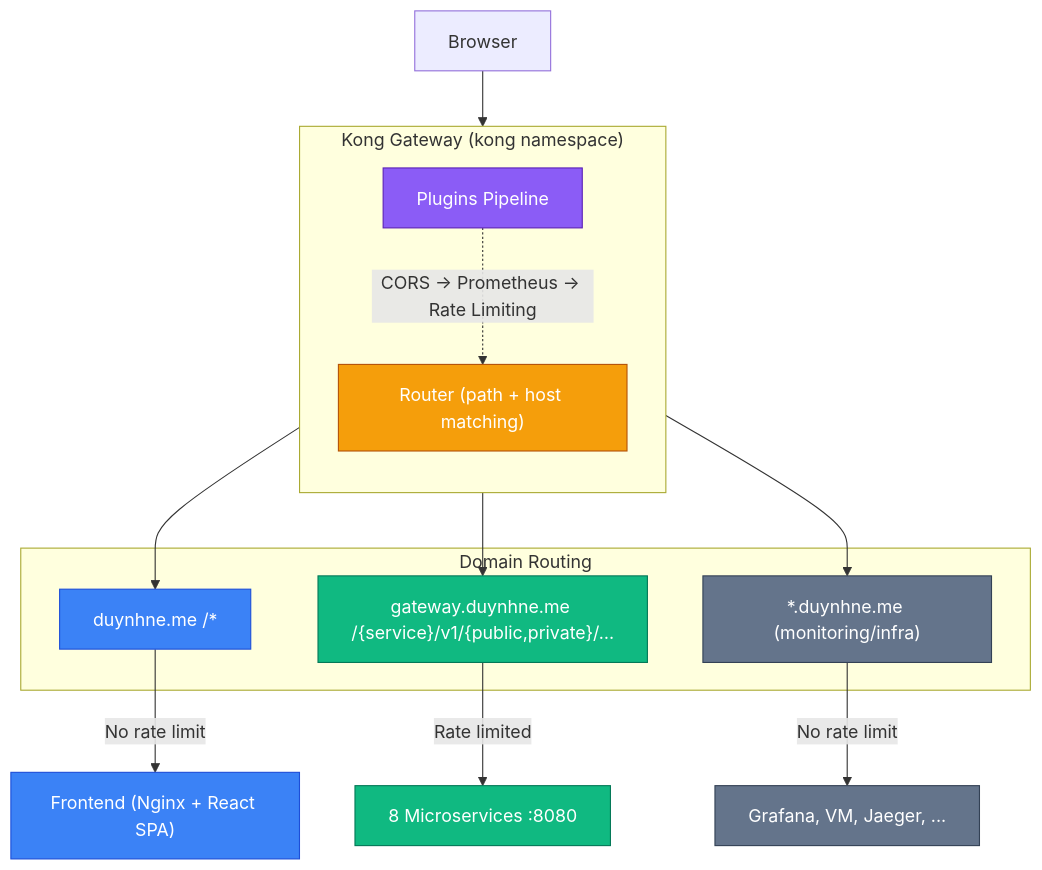
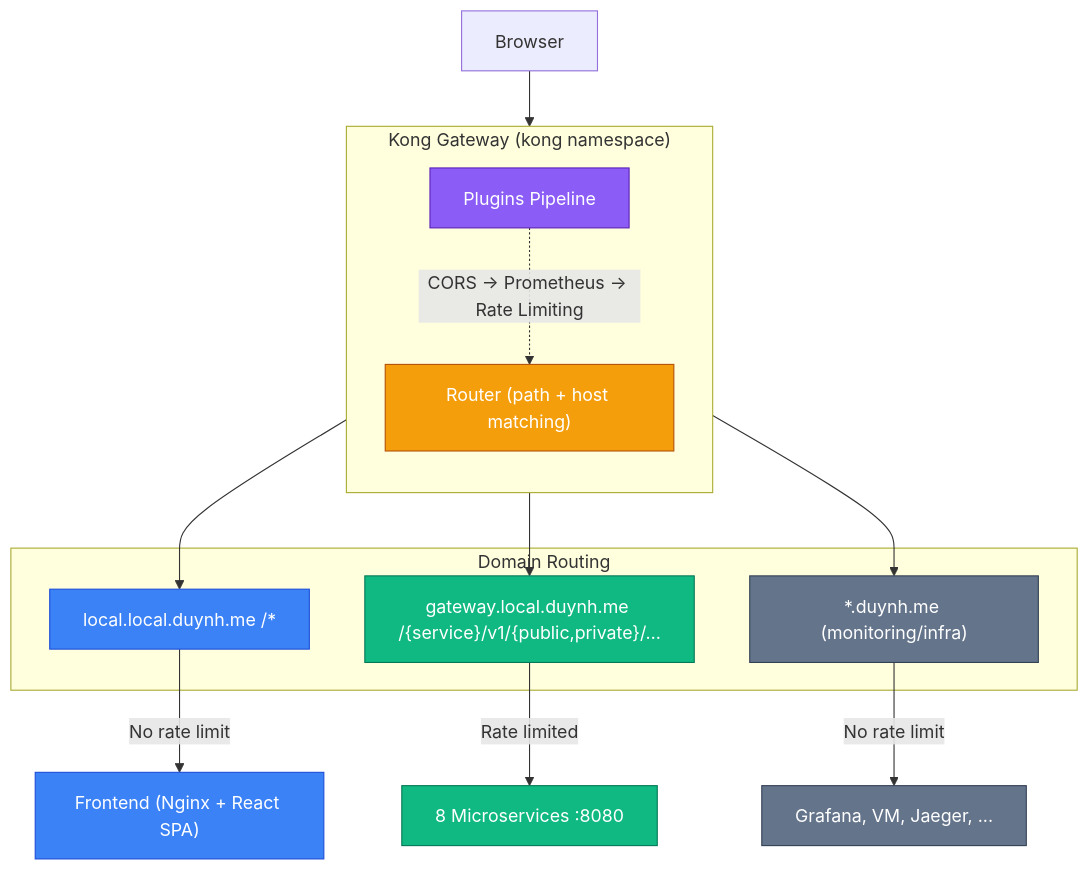
Before and after one commit to duynhlab/homelab: the first of 3 diagrams in docs/platform/kong-gateway.md, drawn with Mermaid. The commit also changed other lines of this file and 27 other files, not shown here.

````diff
--- a/docs/platform/kong-gateway.md
+++ b/docs/platform/kong-gateway.md
@@ -53,33 +53,33 @@
 ```mermaid
 flowchart TD
     classDef fe fill:#3b82f6,stroke:#1d4ed8,color:#fff
     classDef gw fill:#f59e0b,stroke:#b45309,color:#fff
     classDef api fill:#10b981,stroke:#047857,color:#fff
     classDef plugin fill:#8b5cf6,stroke:#5b21b6,color:#fff
     classDef infra fill:#64748b,stroke:#334155,color:#fff
 
     Browser["Browser"]
 
     subgraph Kong["Kong Gateway (kong namespace)"]
         direction TB
         Plugins["Plugins Pipeline"]:::plugin
         Router["Router (path + host matching)"]:::gw
     end
 
     subgraph Domains["Domain Routing"]
-        FERoute["duynhne.me /*"]:::fe
-        APIRoute["gateway.duynhne.me /{service}/v1/{public,private}/…"]:::api
-        MonRoute["*.duynhne.me (monitoring/infra)"]:::infra
+        FERoute["local.local.duynh.me /*"]:::fe
+        APIRoute["gateway.local.duynh.me /{service}/v1/{public,private}/…"]:::api
+        MonRoute["*.duynh.me (monitoring/infra)"]:::infra
     end
 
     Browser --> Kong
     Kong --> FERoute
     Kong --> APIRoute
     Kong --> MonRoute
 
     FERoute -->|"No rate limit"| FE["Frontend (Nginx + React SPA)"]:::fe
     APIRoute -->|"Rate limited"| APIs["8 Microservices :8080"]:::api
     MonRoute -->|"No rate limit"| Infra["Grafana, VM, Jaeger, ..."]:::infra
 
     Plugins -.->|"CORS → Prometheus → Rate Limiting"| Router
 ```
````
